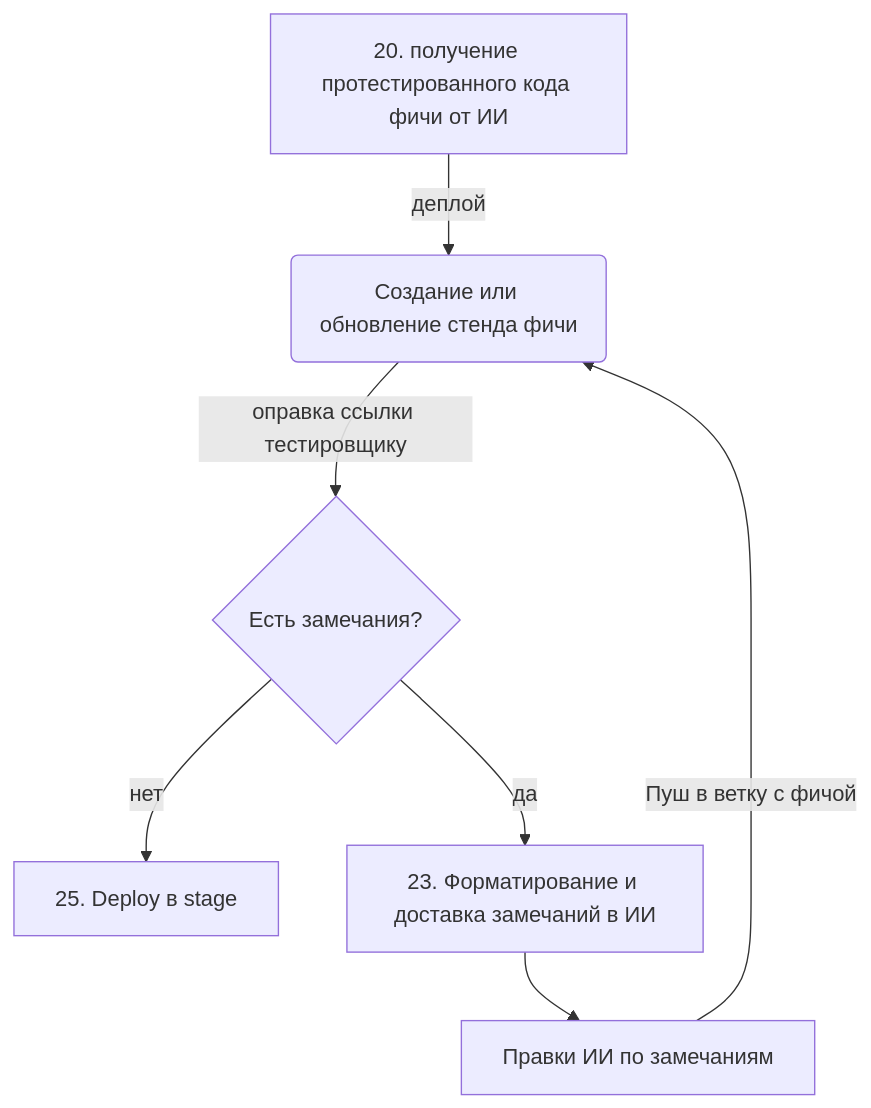
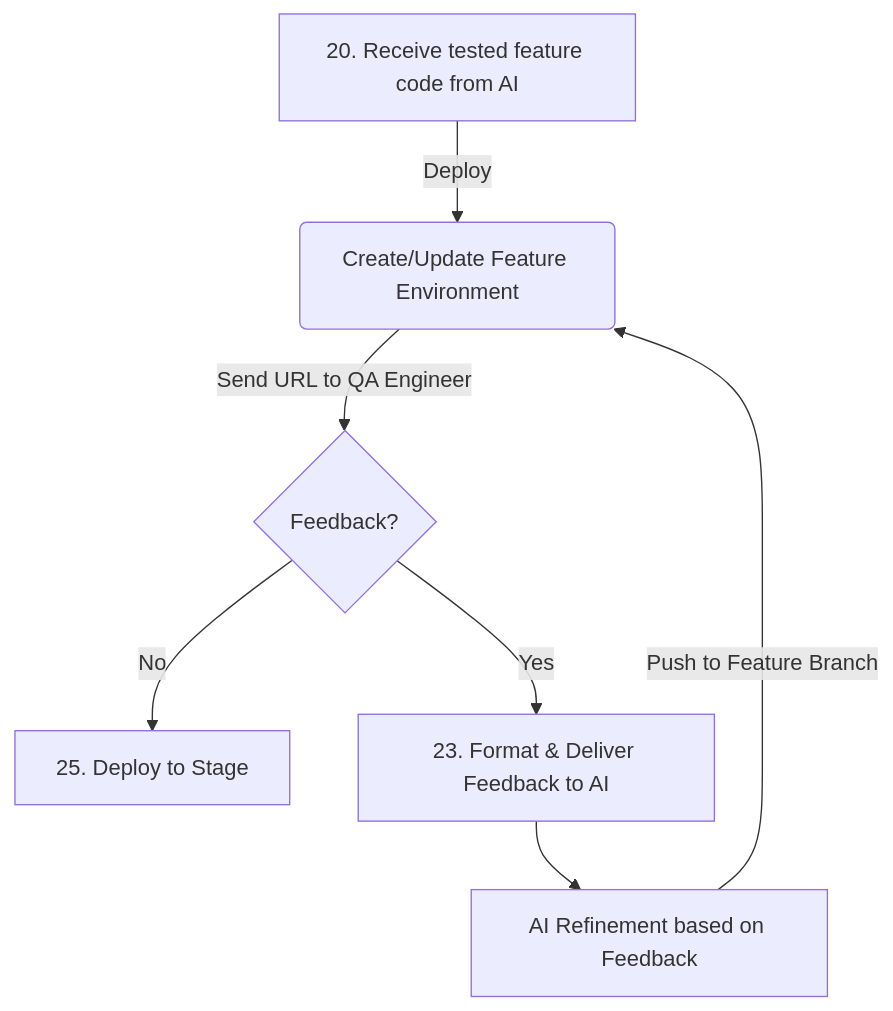
The diagram in README.md (denzakh/ClipperQA), drawn with Mermaid before and after one commit. The commit also changed other lines of this file and 1 other file, not shown here.

````diff
--- a/README.md
+++ b/README.md
@@ -16,9 +22,9 @@
 ```mermaid
 flowchart TD
-    A[20. получение протестированного кода фичи от ИИ] -->|деплой| B(Создание или обновление стенда фичи)
-    B --> |оправка ссылки тестировщику| C{Есть замечания?}
-    C -->|нет| D[25. Deploy в stage]
-    C -->|да| E[23. Форматирование и доставка замечаний в ИИ]
-    E --> F[Правки ИИ по замечаниям]
-    F -->|Пуш в ветку с фичой| B
+    A[20. Receive tested feature code from AI] -->|Deploy| B(Create/Update Feature Environment)
+    B --> |Send URL to QA Engineer| C{Feedback?}
+    C -->|No| D[25. Deploy to Stage]
+    C -->|Yes| E[23. Format & Deliver Feedback to AI]
+    E --> F[AI Refinement based on Feedback]
+    F -->|Push to Feature Branch| B
 ```
````
